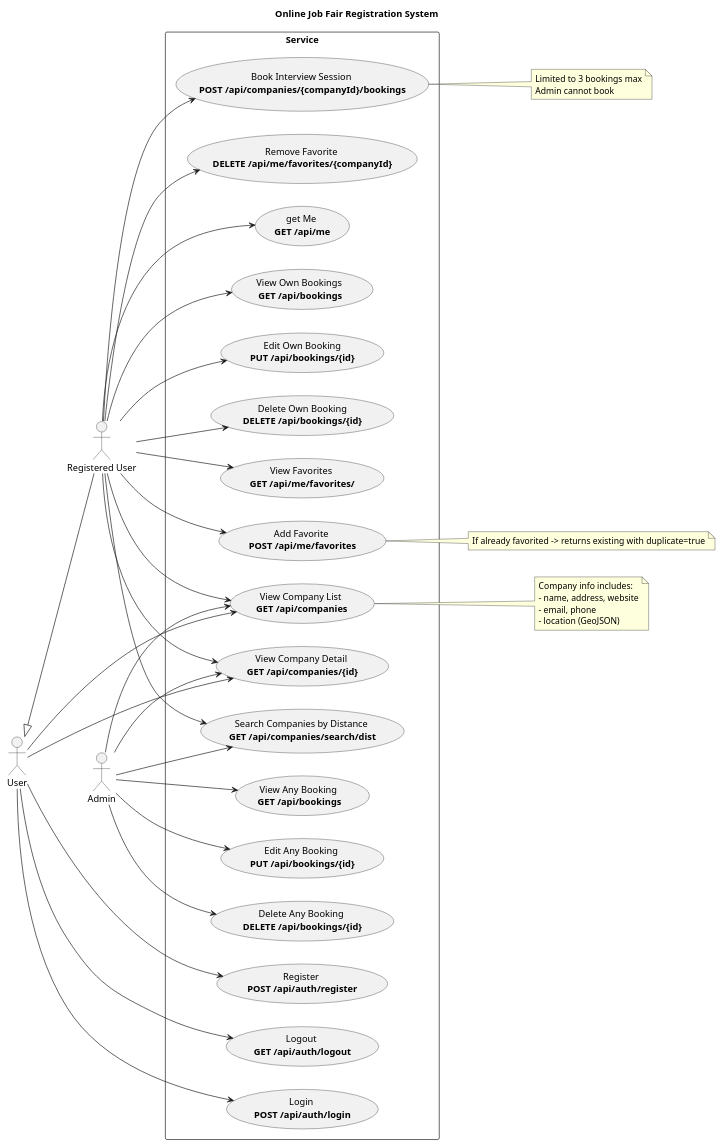
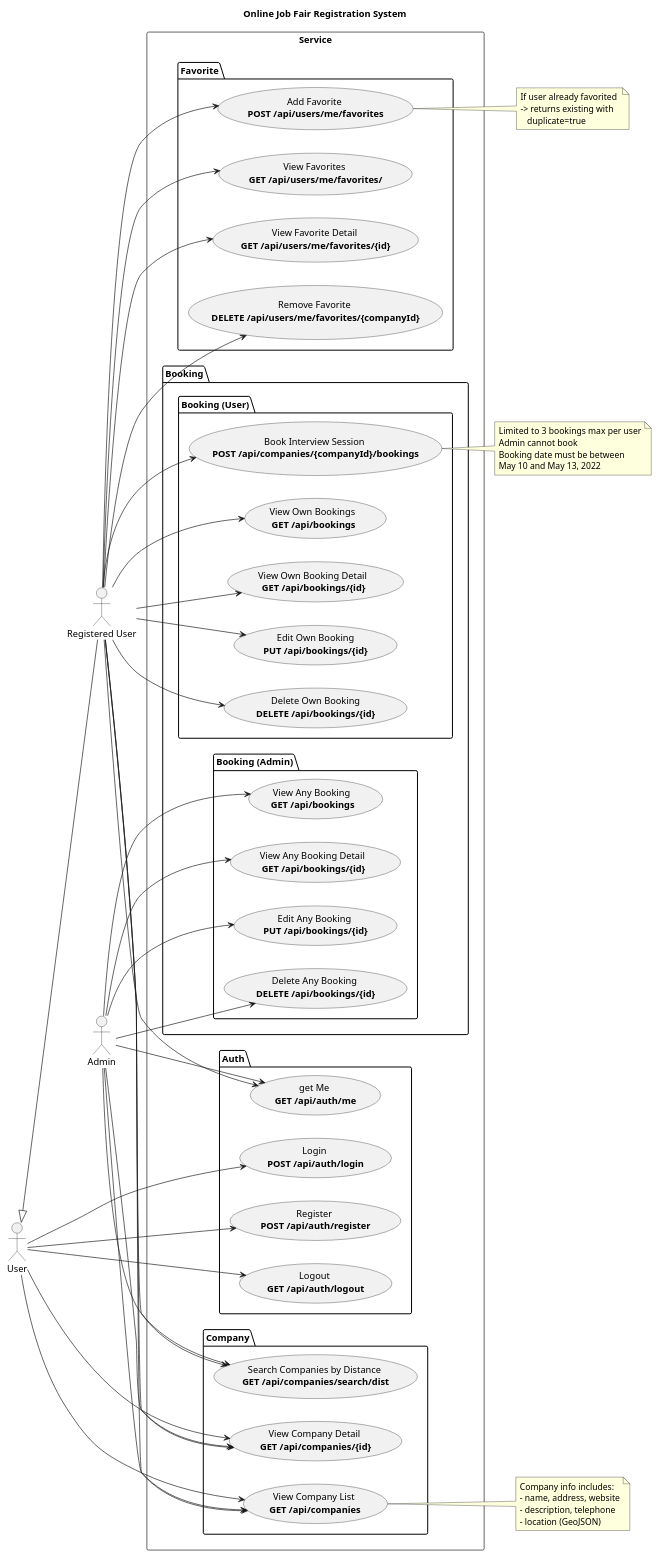
One commit to 098ff/ArtmaybeDEV changed the diagram in docs/diagram/usecase.puml. Above: the diagram before and after it, drawn with PlantUML.

Commit message:
fix/use case diagram

```diff
--- a/docs/diagram/usecase.puml
+++ b/docs/diagram/usecase.puml
@@ -1,78 +1,105 @@
 @startuml
 title Online Job Fair Registration System
 left to right direction
 skinparam shadowing false
 
 actor User
 actor "Registered User" as Reg
 actor Admin
 
 User <|-- Reg
 
 rectangle "Service" {
-  usecase "Login \n<b>POST /api/auth/login" as UC_Login
-  usecase "Register \n<b>POST /api/auth/register" as UC_Register
-  usecase "Logout \n<b>GET /api/auth/logout" as UC_Logout
-  usecase "get Me \n<b>GET /api/me" as UC_GetMe
 
-  usecase "Book Interview Session \n<b>POST /api/companies/{companyId}/bookings" as UC_Book
-  usecase "View Own Bookings \n<b>GET /api/bookings" as UC_ViewOwn
-  usecase "Edit Own Booking\n<b>PUT /api/bookings/{id}" as UC_EditOwn
-  usecase "Delete Own Booking\n<b>DELETE /api/bookings/{id}" as UC_DeleteOwn
+  package "Auth" {
+    usecase "Login \n<b>POST /api/auth/login" as UC_Login
+    usecase "Register \n<b>POST /api/auth/register" as UC_Register
+    usecase "Logout \n<b>GET /api/auth/logout" as UC_Logout
+    usecase "get Me \n<b>GET /api/auth/me" as UC_GetMe
+  }
+  
+  package "Company" {
+    usecase "View Company List \n<b>GET /api/companies" as UC_Companies
+    usecase "View Company Detail \n<b>GET /api/companies/{id}" as UC_CompanyDetail
+    usecase "Search Companies by Distance \n<b>GET /api/companies/search/dist" as UC_CompanyDist
+  }
+  ' User
+  package "Booking" {
 
-  usecase "View Company List \n<b>GET /api/companies" as UC_Companies
-  usecase "View Company Detail \n<b>GET /api/companies/{id}" as UC_CompanyDetail
-  usecase "Search Companies by Distance \n<b>GET /api/companies/search/dist" as UC_CompanyDist
+    package "Booking (User)" {
+      usecase "Book Interview Session \n<b>POST /api/companies/{companyId}/bookings" as UC_Book
+      usecase "View Own Bookings \n<b>GET /api/bookings" as UC_ViewOwn
+      usecase "View Own Booking Detail \n<b>GET /api/bookings/{id}" as UC_ViewOwnDetail
+      usecase "Edit Own Booking\n<b>PUT /api/bookings/{id}" as UC_EditOwn
+      usecase "Delete Own Booking\n<b>DELETE /api/bookings/{id}" as UC_DeleteOwn
+    }
 
-  usecase "Add Favorite \n<b>POST /api/me/favorites" as UC_FavAdd
-  usecase "View Favorites \n<b>GET /api/me/favorites/" as UC_FavList
-  usecase "Remove Favorite \n<b>DELETE /api/me/favorites/{companyId}" as UC_FavDel
+    package "Booking (Admin)" { 
+      usecase "View Any Booking \n<b>GET /api/bookings" as UC_ViewAny
+      usecase "View Any Booking Detail \n<b>GET /api/bookings/{id}" as UC_ViewAnyDetail
+      usecase "Edit Any Booking \n<b>PUT /api/bookings/{id}" as UC_EditAny
+      usecase "Delete Any Booking \n<b>DELETE /api/bookings/{id}" as UC_DeleteAny
+    }
+  }
 
-  usecase "View Any Booking \n<b>GET /api/bookings" as UC_ViewAny
-  usecase "Edit Any Booking \n<b>PUT /api/bookings/{id}" as UC_EditAny
-  usecase "Delete Any Booking \n<b>DELETE /api/bookings/{id}" as UC_DeleteAny
+
+  package "Favorite" {
+    usecase "Add Favorite \n<b>POST /api/users/me/favorites" as UC_FavAdd
+    usecase "View Favorites \n<b>GET /api/users/me/favorites/" as UC_FavList
+    usecase "View Favorite Detail \n<b>GET /api/users/me/favorites/{id}" as UC_FavDetail
+    usecase "Remove Favorite \n<b>DELETE /api/users/me/favorites/{companyId}" as UC_FavDel
+  }
+
+  'admin
 }
 
-' Associations
 User --> UC_Login
 User --> UC_Register
 User --> UC_Logout
 User --> UC_Companies
 User --> UC_CompanyDetail
 
 Reg --> UC_GetMe
 Reg --> UC_Book
 Reg --> UC_ViewOwn
 Reg --> UC_EditOwn
 Reg --> UC_DeleteOwn
 Reg --> UC_Companies
 Reg --> UC_CompanyDetail
 Reg --> UC_CompanyDist
 Reg --> UC_FavAdd
 Reg --> UC_FavList
 Reg --> UC_FavDel
+Reg --> UC_FavDetail
+Reg --> UC_ViewOwnDetail
 
+Admin --> UC_GetMe
 Admin --> UC_ViewAny
 Admin --> UC_EditAny
 Admin --> UC_DeleteAny
 Admin --> UC_Companies
 Admin --> UC_CompanyDetail
 Admin --> UC_CompanyDist
+Admin --> UC_ViewAnyDetail
 
-' Notes / Constraints
 note right of UC_Book
-  Limited to 3 bookings max
+  Limited to 3 bookings max per user
   Admin cannot book
+  Booking date must be between 
+  May 10 and May 13, 2022
 end note
 
 note right of UC_Companies
   Company info includes:
   - name, address, website
-  - email, phone
+  - description, telephone
   - location (GeoJSON)
 end note
 
 note right of UC_FavAdd
-  If already favorited -> returns existing with duplicate=true
+  If user already favorited 
+  -> returns existing with 
+     duplicate=true
 end note
+
 @enduml
```
